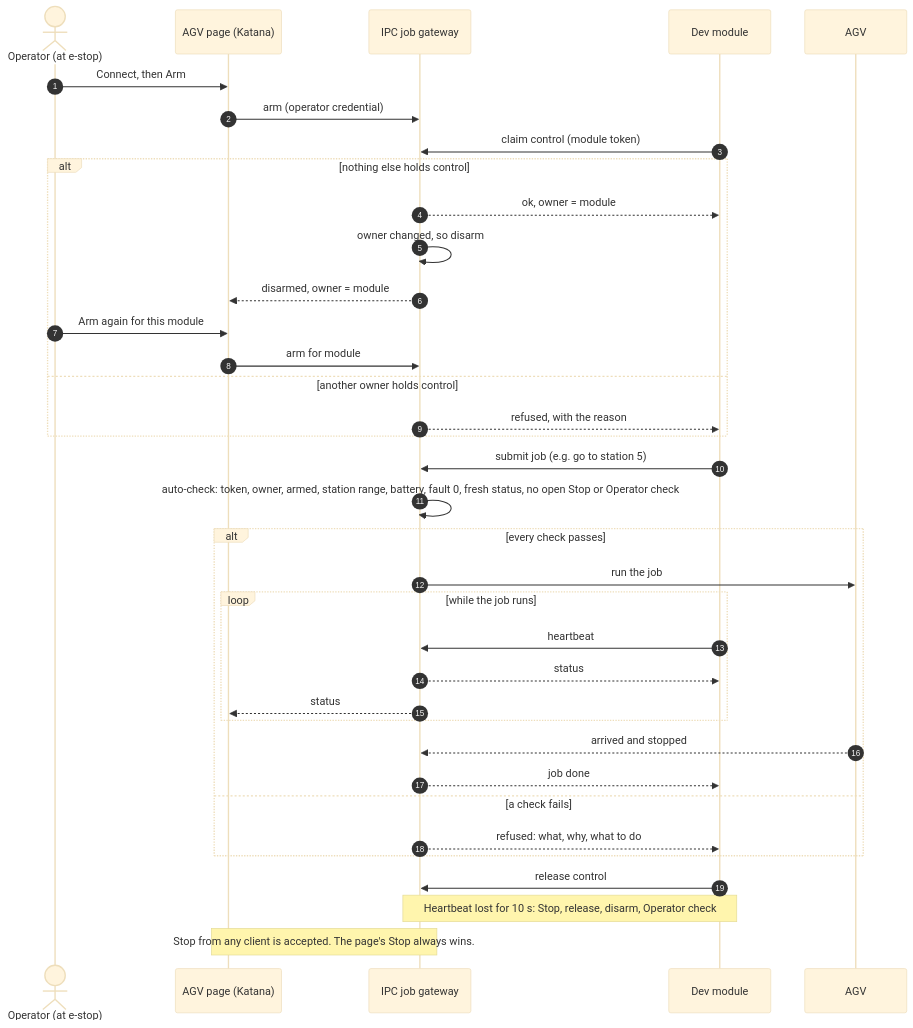
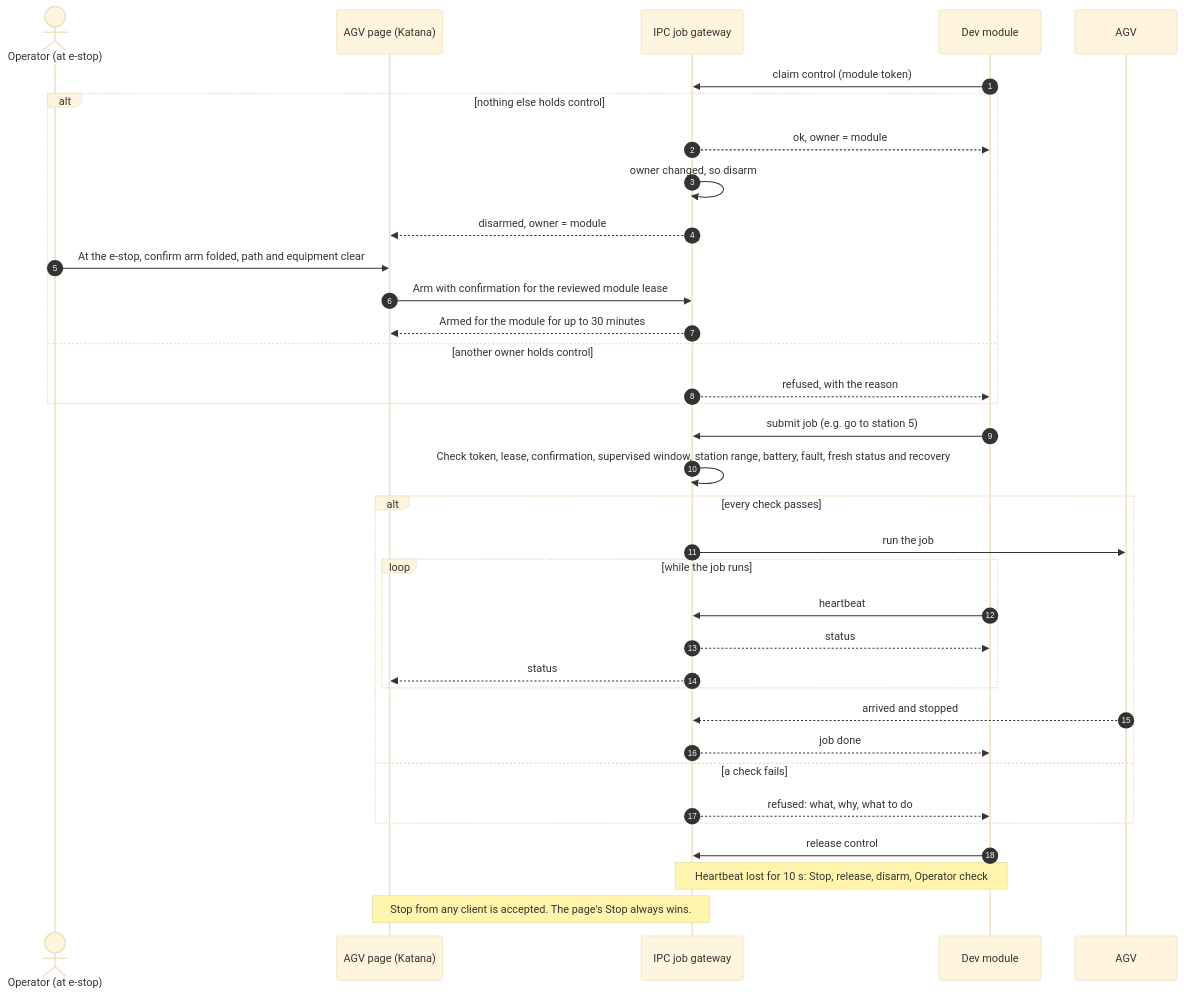
The second of 3 diagrams in docs/MODULE_JOBS.md (takiihor/ur10e-vision-calibration-full), drawn with Mermaid (base theme) before and after one commit. The commit also changed other lines of this file and 130 other files, not shown here.

````diff
--- a/docs/MODULE_JOBS.md
+++ b/docs/MODULE_JOBS.md
@@ -289,38 +441,37 @@
 ```mermaid
 sequenceDiagram
   autonumber
   actor Op as Operator (at e-stop)
   participant Page as AGV page (Katana)
   participant GW as IPC job gateway
   participant Mod as Dev module
   participant AGV
-  Op->>Page: Connect, then Arm
-  Page->>GW: arm (operator credential)
   Mod->>GW: claim control (module token)
   alt nothing else holds control
     GW-->>Mod: ok, owner = module
     GW->>GW: owner changed, so disarm
     GW-->>Page: disarmed, owner = module
-    Op->>Page: Arm again for this module
-    Page->>GW: arm for module
+    Op->>Page: At the e-stop, confirm arm folded, path and equipment clear
+    Page->>GW: Arm with confirmation for the reviewed module lease
+    GW-->>Page: Armed for the module for up to 30 minutes
   else another owner holds control
     GW-->>Mod: refused, with the reason
   end
   Mod->>GW: submit job (e.g. go to station 5)
-  GW->>GW: auto-check: token, owner, armed, station range, battery, fault 0, fresh status, no open Stop or Operator check
+  GW->>GW: Check token, lease, confirmation, supervised window, station range, battery, fault, fresh status and recovery
   alt every check passes
     GW->>AGV: run the job
     loop while the job runs
       Mod->>GW: heartbeat
       GW-->>Mod: status
       GW-->>Page: status
     end
     AGV-->>GW: arrived and stopped
     GW-->>Mod: job done
   else a check fails
     GW-->>Mod: refused: what, why, what to do
   end
   Mod->>GW: release control
   Note over GW,Mod: Heartbeat lost for 10 s: Stop, release, disarm, Operator check
   Note over Page,GW: Stop from any client is accepted. The page's Stop always wins.
 ```
````
